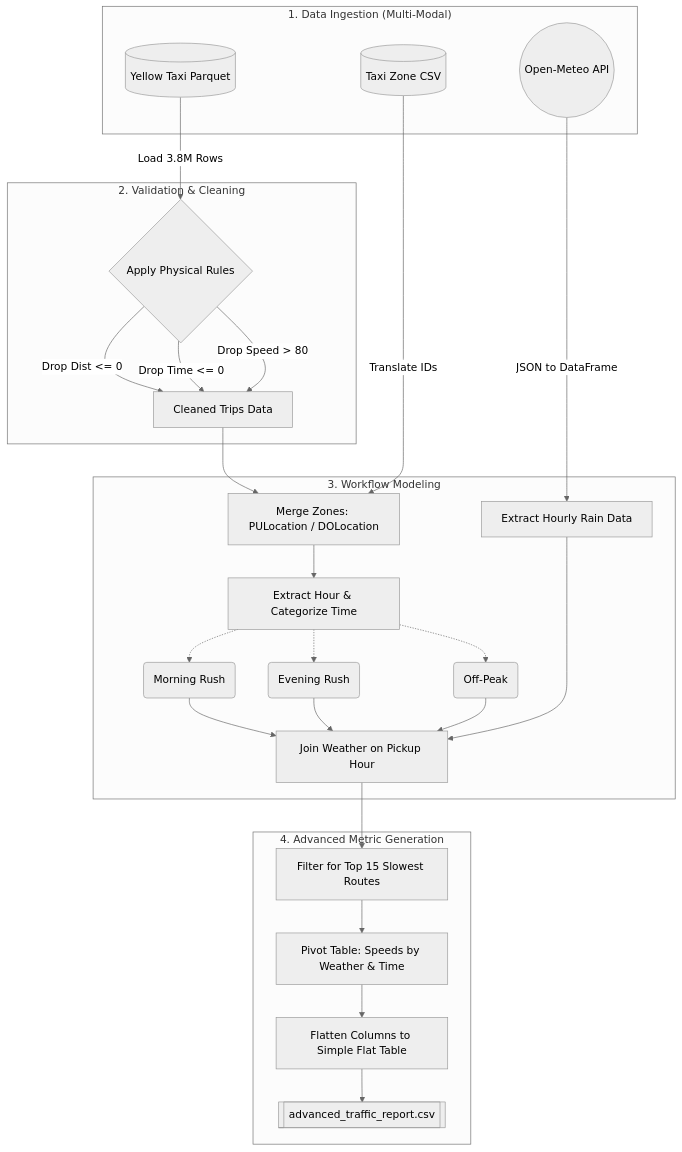
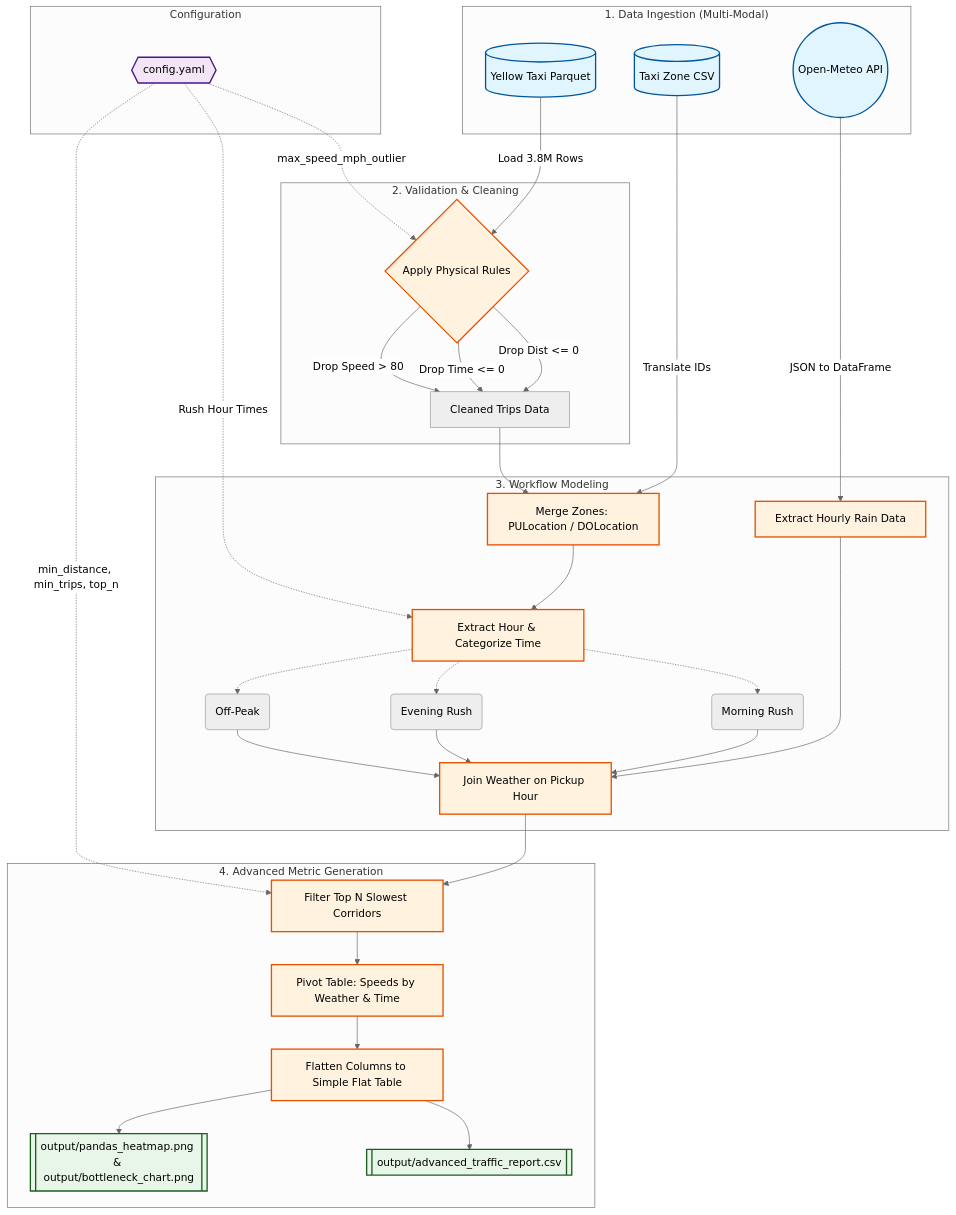
One commit to Shaikh-Suja-Rahaman/FDE-Assessment-2 changed the diagram in README.md. Above: the diagram before and after it, drawn with Mermaid (neutral theme). The commit also changed other lines of this file and 9 other files, not shown here.

Commit message:
feat: introduce configuration-driven pipeline with output assets and updated documentation

````diff
--- a/README.md
+++ b/README.md
@@ -38,37 +67,51 @@
 ```mermaid
 flowchart TD
+    %% Define styles with forced black text for visibility in dark mode
+    classDef source fill:#e1f5fe,stroke:#01579b,stroke-width:2px,color:#000000;
+    classDef process fill:#fff3e0,stroke:#e65100,stroke-width:2px,color:#000000;
+    classDef output fill:#e8f5e9,stroke:#1b5e20,stroke-width:2px,color:#000000;
+    classDef config fill:#f3e5f5,stroke:#4a148c,stroke-width:2px,color:#000000;
+
+    subgraph Config ["Configuration"]
+        Z{{config.yaml}}:::config
+    end
+
     subgraph Ingestion ["1. Data Ingestion (Multi-Modal)"]
-        A[(Yellow Taxi Parquet)]
-        B[(Taxi Zone CSV)]
-        C((Open-Meteo API))
+        A[(Yellow Taxi Parquet)]:::source
+        B[(Taxi Zone CSV)]:::source
+        C((Open-Meteo API)):::source
     end
 
     subgraph Validation ["2. Validation & Cleaning"]
-        D{Apply Physical Rules}
+        D{Apply Physical Rules}:::process
+        Z -.->|max_speed_mph_outlier| D
         A -->|Load 3.8M Rows| D
         D -->|Drop Dist <= 0| E[Cleaned Trips Data]
         D -->|Drop Time <= 0| E
         D -->|Drop Speed > 80| E
     end
 
     subgraph Transformation ["3. Workflow Modeling"]
-        E --> F[Merge Zones: PULocation / DOLocation]
+        E --> F[Merge Zones: PULocation / DOLocation]:::process
         B -->|Translate IDs| F
-        F --> G[Extract Hour & Categorize Time]
+        F --> G[Extract Hour & Categorize Time]:::process
+        Z -.->|Rush Hour Times| G
         
         G -.-> H1(Morning Rush)
         G -.-> H2(Evening Rush)
         G -.-> H3(Off-Peak)
         
-        C -->|JSON to DataFrame| I[Extract Hourly Rain Data]
-        H1 & H2 & H3 --> J[Join Weather on Pickup Hour]
+        C -->|JSON to DataFrame| I[Extract Hourly Rain Data]:::process
+        H1 & H2 & H3 --> J[Join Weather on Pickup Hour]:::process
         I --> J
     end
 
     subgraph Output ["4. Advanced Metric Generation"]
-        J --> K[Filter for Top 15 Slowest Routes]
-        K --> L[Pivot Table: Speeds by Weather & Time]
-        L --> M[Flatten Columns to Simple Flat Table]
-        M --> N[[advanced_traffic_report.csv]]
+        J --> K[Filter Top N Slowest Corridors]:::process
+        Z -.->|min_distance, min_trips, top_n| K
+        K --> L[Pivot Table: Speeds by Weather & Time]:::process
+        L --> M[Flatten Columns to Simple Flat Table]:::process
+        M --> N[[output/advanced_traffic_report.csv]]:::output
+        M --> O[[output/pandas_heatmap.png & output/bottleneck_chart.png]]:::output
     end
 ```
````
